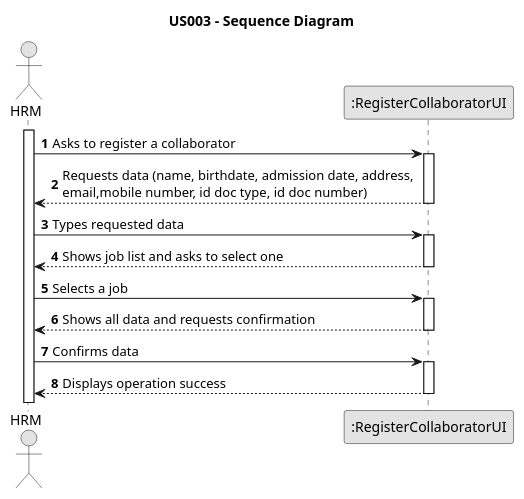
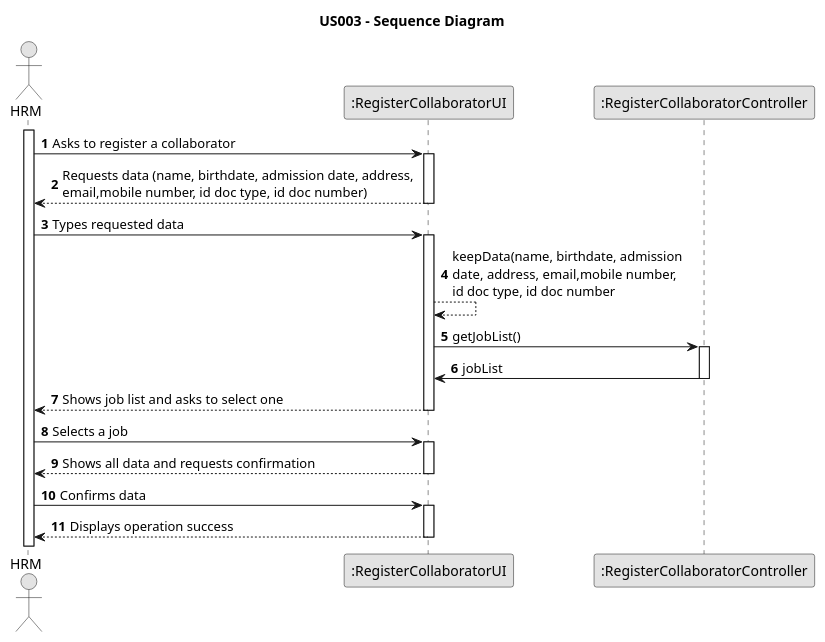
The diagram in docs/sprintB/us003/03.design/puml/us003-sequence-diagram.puml (Rui-San/LAPR2_2023_2024), drawn with PlantUML before and after one commit. The commit also changed 1 other file, not shown here.

Commit message:
US003 Design: Started to create the Sequence Diagram first interactions

```diff
--- a/docs/sprintB/us003/03.design/puml/us003-sequence-diagram.puml
+++ b/docs/sprintB/us003/03.design/puml/us003-sequence-diagram.puml
@@ -1,43 +1,50 @@
 @startuml
 skinparam monochrome true
 skinparam packageStyle rectangle
 skinparam shadowing false
 
 title US003 - Sequence Diagram
 
 autonumber
 
 actor "HRM" as HRM
-participant ":RegisterCollaboratorUI" as CTRL
+participant ":RegisterCollaboratorUI" as UI
+participant ":RegisterCollaboratorController" as CTRL
 
 activate HRM
 
-    HRM -> CTRL : Asks to register a collaborator
+    HRM -> UI : Asks to register a collaborator
 
-    activate CTRL
+    activate UI
 
-        CTRL --> HRM : Requests data (name, birthdate, admission date, address, \nemail,mobile number, id doc type, id doc number)
-    deactivate CTRL
+        UI --> HRM : Requests data (name, birthdate, admission date, address, \nemail,mobile number, id doc type, id doc number)
+    deactivate UI
 
-    HRM -> CTRL : Types requested data
+    HRM -> UI : Types requested data
 
-    activate CTRL
+    activate UI
+        UI --> UI : keepData(name, birthdate, admission\ndate, address, email,mobile number,\nid doc type, id doc number
 
-        CTRL --> HRM : Shows job list and asks to select one
-    deactivate CTRL
+        UI -> CTRL : getJobList()
 
-    HRM -> CTRL : Selects a job
+        activate CTRL
+            CTRL -> UI : jobList
+        deactivate CTRL
+        UI --> HRM : Shows job list and asks to select one
+    deactivate UI
 
-    activate CTRL
+    HRM -> UI : Selects a job
 
-        CTRL --> HRM : Shows all data and requests confirmation
-    deactivate CTRL
+    activate UI
 
-    HRM -> CTRL : Confirms data
+        UI --> HRM : Shows all data and requests confirmation
+    deactivate UI
 
-    activate CTRL
+    HRM -> UI : Confirms data
 
-        CTRL --> HRM : Displays operation success
-    deactivate CTRL
+    activate UI
+
+        UI --> HRM : Displays operation success
+    deactivate UI
 
 @enduml
```
